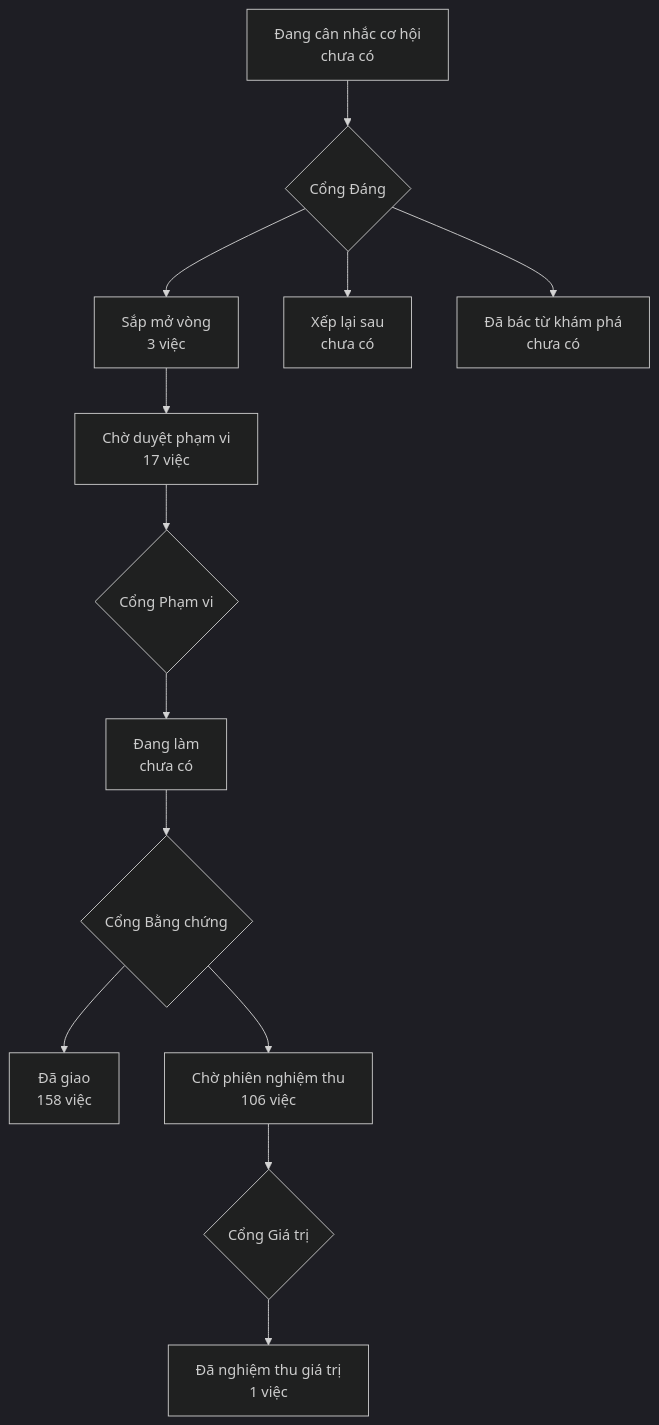
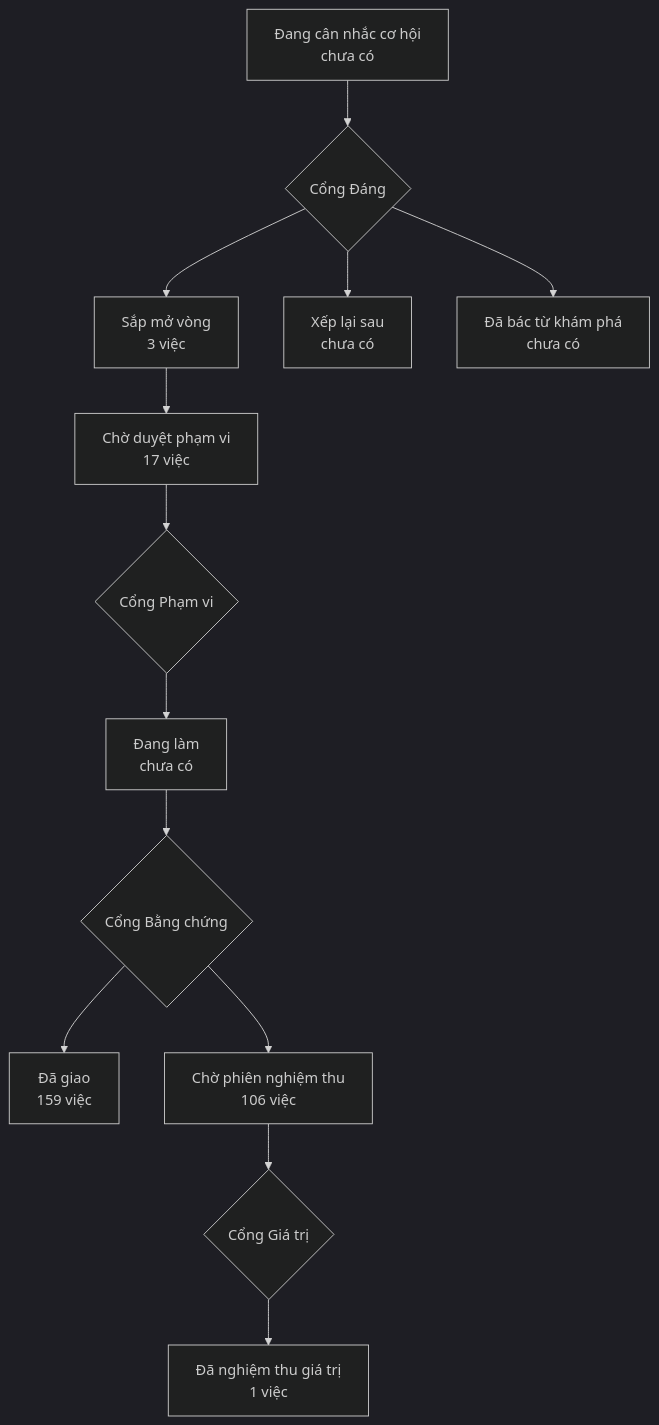
The diagram in PRODUCT-MAP.md (phanlemanh/onehub-invest), drawn with Mermaid (dark theme) before and after one commit. The commit also changed other lines of this file and 28 other files, not shown here.

````diff
--- a/PRODUCT-MAP.md
+++ b/PRODUCT-MAP.md
@@ -7,12 +7,12 @@
 ```mermaid
 flowchart TD
   A["Đang cân nhắc cơ hội<br/>chưa có"] --> GD{"Cổng Đáng"}
   GD --> B["Sắp mở vòng<br/>3 việc"]
   GD --> XL["Xếp lại sau<br/>chưa có"]
   GD --> DB["Đã bác từ khám phá<br/>chưa có"]
   B --> CD["Chờ duyệt phạm vi<br/>17 việc"] --> GP{"Cổng Phạm vi"}
   GP --> DL["Đang làm<br/>chưa có"] --> GB{"Cổng Bằng chứng"}
-  GB --> DG["Đã giao<br/>158 việc"]
+  GB --> DG["Đã giao<br/>159 việc"]
   GB --> CN["Chờ phiên nghiệm thu<br/>106 việc"] --> GG{"Cổng Giá trị"}
   GG --> NT["Đã nghiệm thu giá trị<br/>1 việc"]
 ```
````
